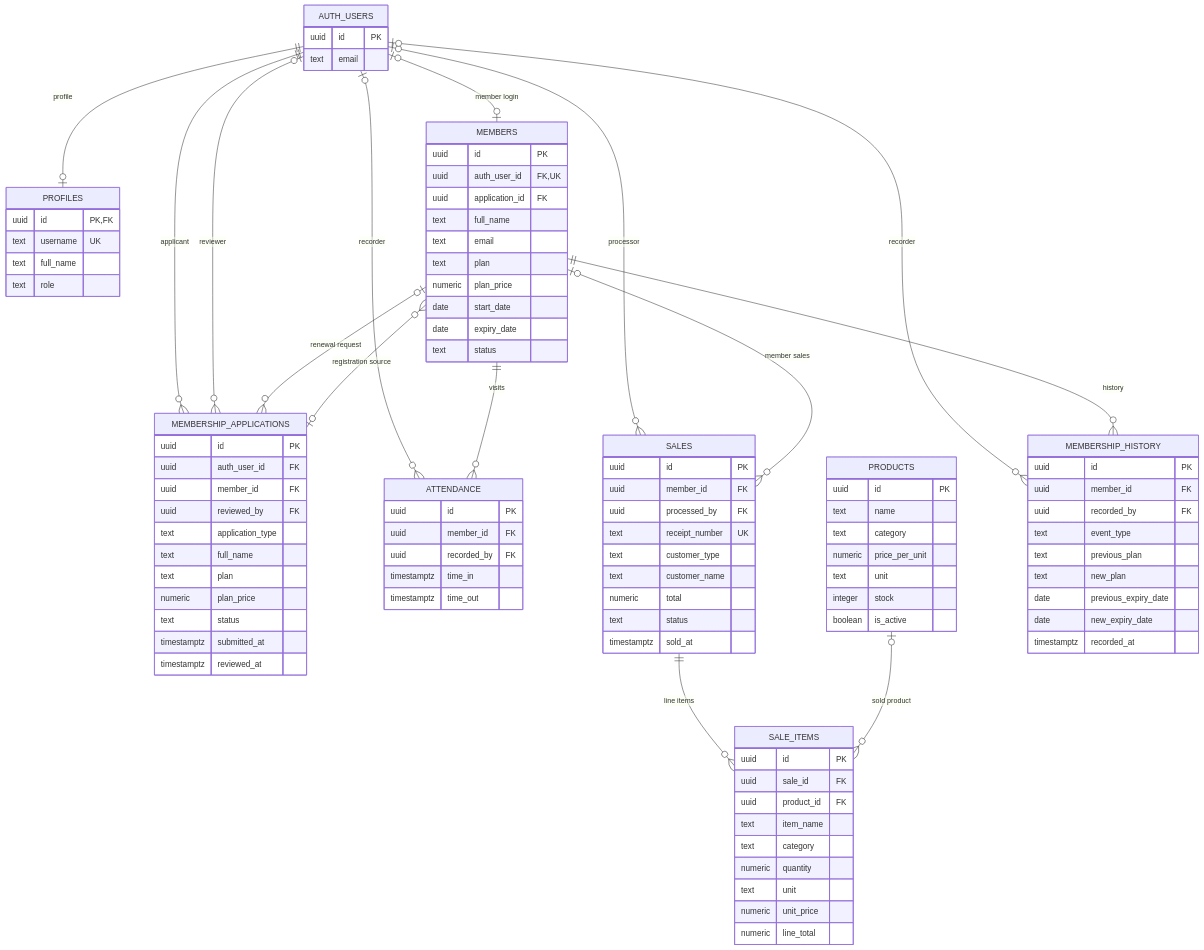
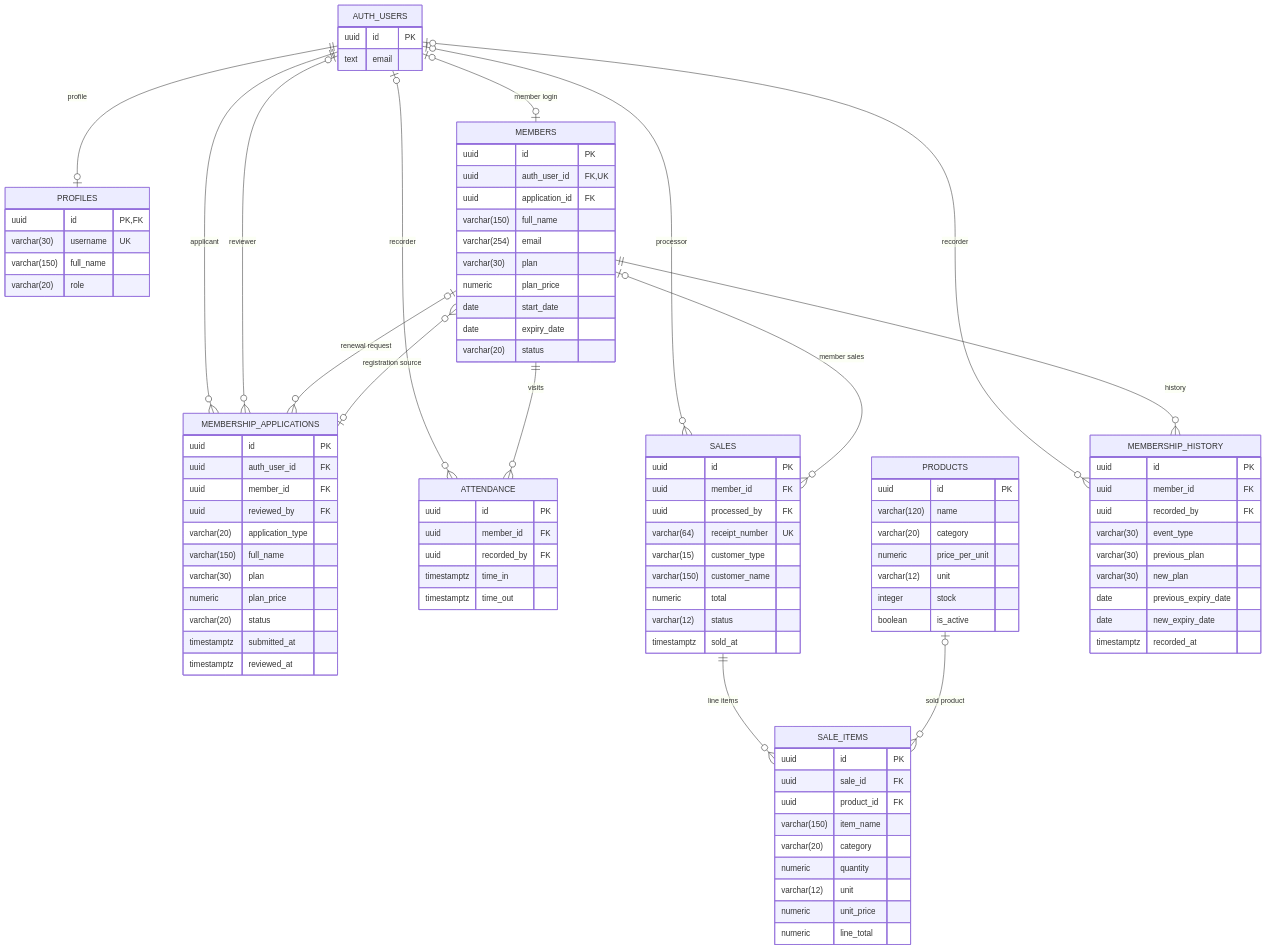
Before and after one commit to IronGrind/irongrind.github.io: the diagram in Documentations/iron-grind-erd-simplified.mmd, drawn with Mermaid. The commit also changed 3 other files, not shown here.

Commit message:
Update data dictionary and ERD to reflect changes in field types and lengths for profiles, members, membership applications, products, sales, sale items, and membership history; add migration script for enforcing text column lengths

```diff
--- a/Documentations/iron-grind-erd-simplified.mmd
+++ b/Documentations/iron-grind-erd-simplified.mmd
@@ -1,114 +1,114 @@
 erDiagram
     direction TB
     %% Simplified view of the project database: core fields and declared foreign keys.
     %% AUTH_USERS represents Supabase auth.users, which is managed outside public.
     %% Nullable foreign keys and uniqueness are shown where they affect relationships.
 
     AUTH_USERS {
         uuid id PK
         text email
     }
 
     PROFILES {
         uuid id PK,FK
-        text username UK
-        text full_name
-        text role
+        varchar(30) username UK
+        varchar(150) full_name
+        varchar(20) role
     }
 
     MEMBERS {
         uuid id PK
         uuid auth_user_id FK,UK
         uuid application_id FK
-        text full_name
-        text email
-        text plan
+        varchar(150) full_name
+        varchar(254) email
+        varchar(30) plan
         numeric plan_price
         date start_date
         date expiry_date
-        text status
+        varchar(20) status
     }
 
     MEMBERSHIP_APPLICATIONS {
         uuid id PK
         uuid auth_user_id FK
         uuid member_id FK
         uuid reviewed_by FK
-        text application_type
-        text full_name
-        text plan
+        varchar(20) application_type
+        varchar(150) full_name
+        varchar(30) plan
         numeric plan_price
-        text status
+        varchar(20) status
         timestamptz submitted_at
         timestamptz reviewed_at
     }
 
     ATTENDANCE {
         uuid id PK
         uuid member_id FK
         uuid recorded_by FK
         timestamptz time_in
         timestamptz time_out
     }
 
     PRODUCTS {
         uuid id PK
-        text name
-        text category
+        varchar(120) name
+        varchar(20) category
         numeric price_per_unit
-        text unit
+        varchar(12) unit
         integer stock
         boolean is_active
     }
 
     SALES {
         uuid id PK
         uuid member_id FK
         uuid processed_by FK
-        text receipt_number UK
-        text customer_type
-        text customer_name
+        varchar(64) receipt_number UK
+        varchar(15) customer_type
+        varchar(150) customer_name
         numeric total
-        text status
+        varchar(12) status
         timestamptz sold_at
     }
 
     SALE_ITEMS {
         uuid id PK
         uuid sale_id FK
         uuid product_id FK
-        text item_name
-        text category
+        varchar(150) item_name
+        varchar(20) category
         numeric quantity
-        text unit
+        varchar(12) unit
         numeric unit_price
         numeric line_total
     }
 
     MEMBERSHIP_HISTORY {
         uuid id PK
         uuid member_id FK
         uuid recorded_by FK
-        text event_type
-        text previous_plan
-        text new_plan
+        varchar(30) event_type
+        varchar(30) previous_plan
+        varchar(30) new_plan
         date previous_expiry_date
         date new_expiry_date
         timestamptz recorded_at
     }
 
     AUTH_USERS ||--o| PROFILES : "profile"
     AUTH_USERS o|--o| MEMBERS : "member login"
     AUTH_USERS ||--o{ MEMBERSHIP_APPLICATIONS : "applicant"
     AUTH_USERS o|--o{ MEMBERSHIP_APPLICATIONS : "reviewer"
     AUTH_USERS o|--o{ ATTENDANCE : "recorder"
     AUTH_USERS o|--o{ SALES : "processor"
     AUTH_USERS o|--o{ MEMBERSHIP_HISTORY : "recorder"
 
     MEMBERS o|--o{ MEMBERSHIP_APPLICATIONS : "renewal request"
     MEMBERSHIP_APPLICATIONS o|--o{ MEMBERS : "registration source"
     MEMBERS ||--o{ ATTENDANCE : "visits"
     MEMBERS o|--o{ SALES : "member sales"
     MEMBERS ||--o{ MEMBERSHIP_HISTORY : "history"
     SALES ||--o{ SALE_ITEMS : "line items"
     PRODUCTS o|--o{ SALE_ITEMS : "sold product"
```
